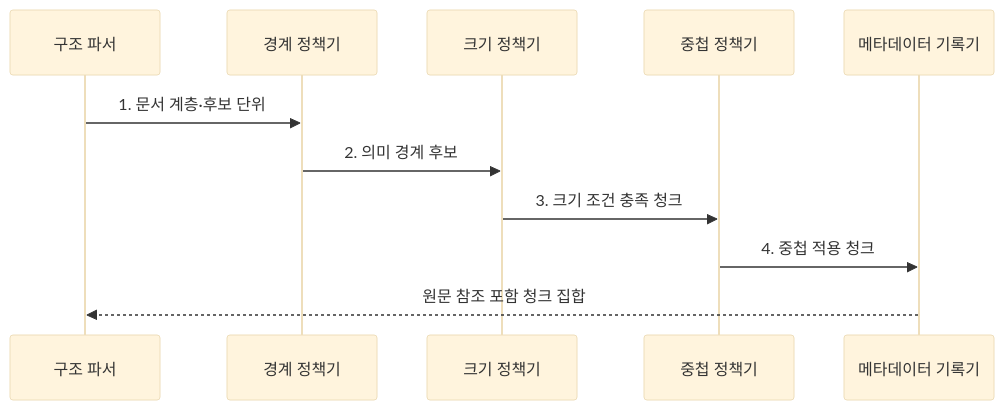
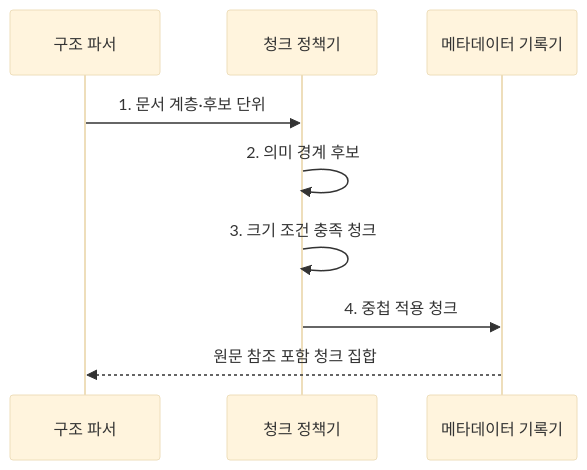
One commit to agnusdei1207/knowledge-base changed the second of 2 diagrams in src/content/docs/notes/08-latest-tech/077_chunking.md. Above: the diagram before and after it, drawn with Mermaid (base theme). The commit also changed 9 other files, not shown here.

Commit message:
Reduce AI pipeline flow participants

````diff
--- a/src/content/docs/notes/08-latest-tech/077_chunking.md
+++ b/src/content/docs/notes/08-latest-tech/077_chunking.md
@@ -102,13 +102,11 @@
 ```mermaid
 sequenceDiagram
   participant P as 구조 파서
-  participant B as 경계 정책기
-  participant S as 크기 정책기
-  participant O as 중첩 정책기
+  participant C as 청크 정책기
   participant M as 메타데이터 기록기
-  P->>B: 1. 문서 계층·후보 단위
-  B->>S: 2. 의미 경계 후보
-  S->>O: 3. 크기 조건 충족 청크
-  O->>M: 4. 중첩 적용 청크
+  P->>C: 1. 문서 계층·후보 단위
+  C->>C: 2. 의미 경계 후보
+  C->>C: 3. 크기 조건 충족 청크
+  C->>M: 4. 중첩 적용 청크
   M-->>P: 원문 참조 포함 청크 집합
 ```
````
